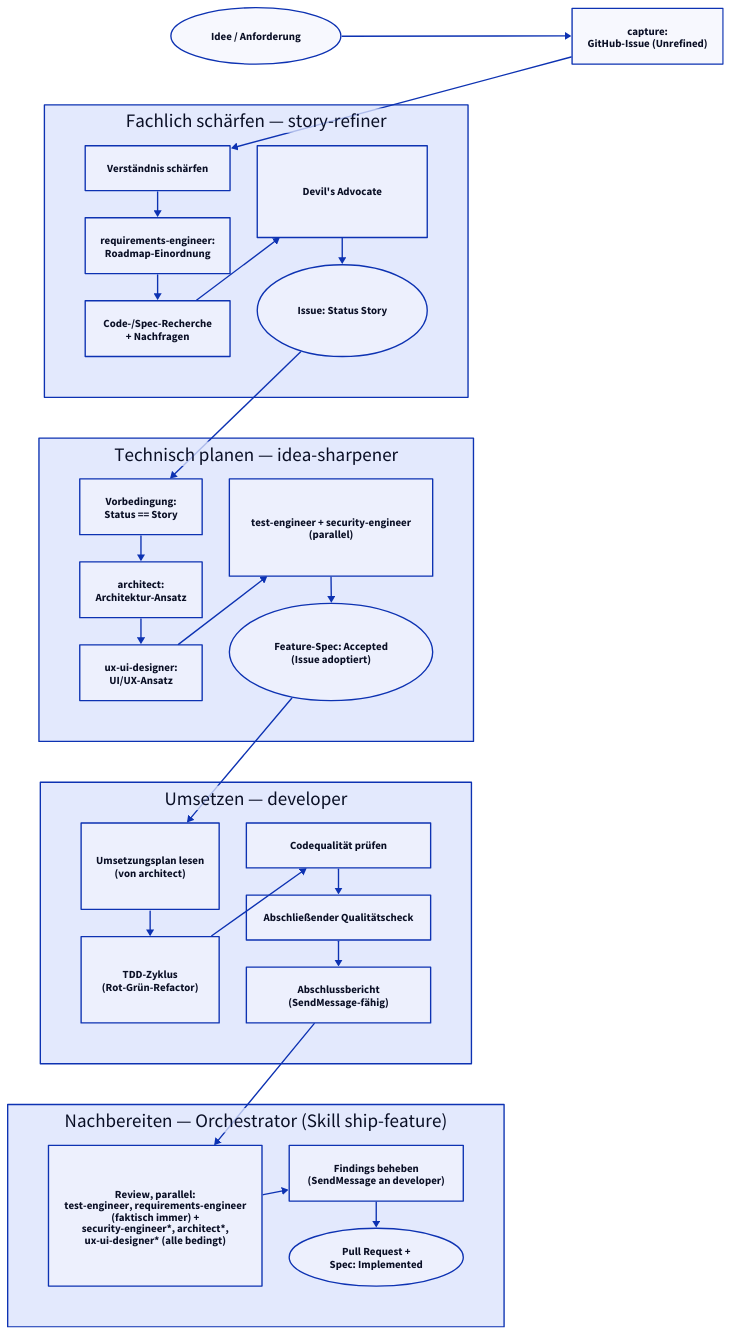
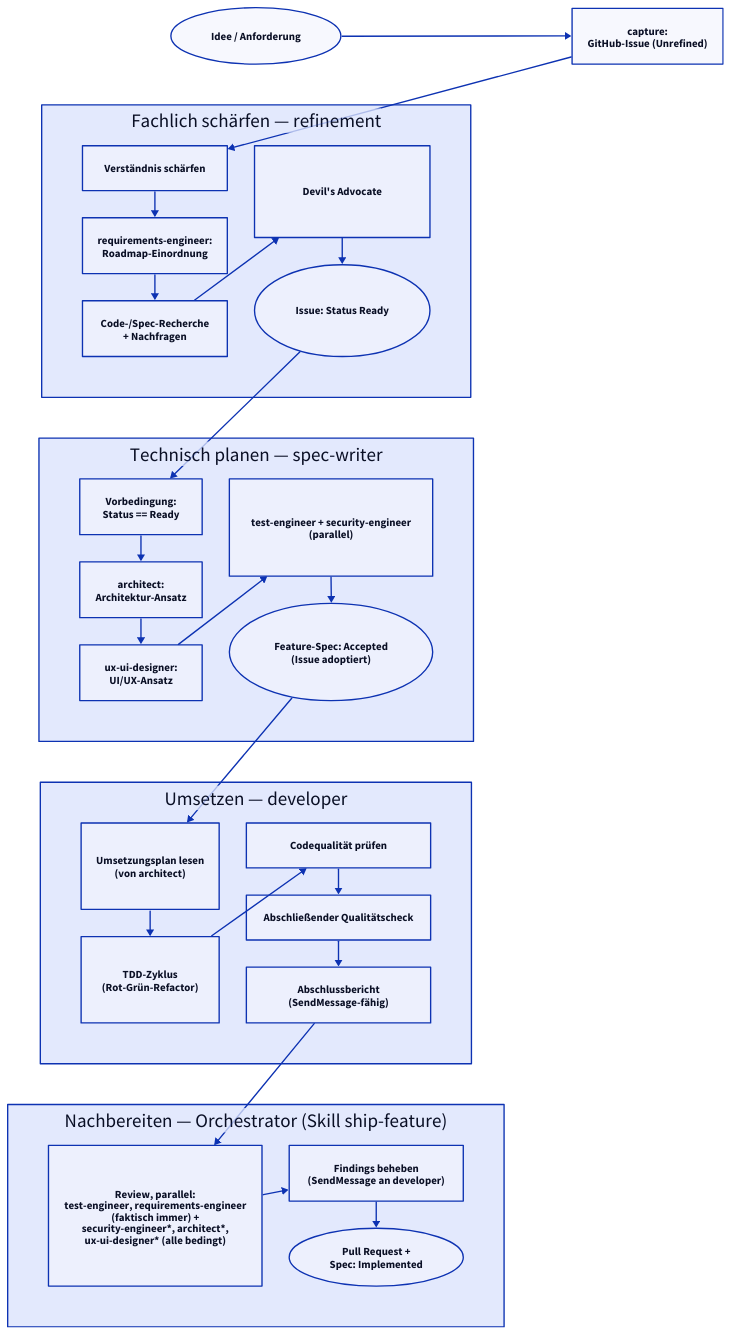
The diagram in specs/diagrams/workflow-overview.d2 (TheRealKoller/photosort), drawn with D2 before and after one commit. The commit also changed 15 other files, not shown here.

First line of the commit message:
chore(skills): verbleibende Referenz-Updates für idea-sharpener -> spec-writer, story-refiner -> refinement

```diff
--- a/specs/diagrams/workflow-overview.d2
+++ b/specs/diagrams/workflow-overview.d2
@@ -1,87 +1,87 @@
 # Migriert aus dem bisherigen Mermaid-Flowchart in README.md.
 # Siehe ADR specs/decisions/0013-diagram-tooling-d2.md und
 # Feature-Spec specs/features/0018-diagram-tooling-migration.md.
 # Rendern: scripts/render-diagrams.sh (ruft "d2 --sketch" auf).
 #
 # Layout bewusst als kompaktes Grid statt einer einzelnen langen Kette pro
 # Subgraph (Akzeptanzkriterium "kompakter/weniger vertikaler Platzverbrauch"
 # als das bisherige Mermaid-Flowchart) - Inhalt/Knoten/Kanten sind eine reine
 # 1:1-Uebersetzung des bisherigen Diagramms, nur die Anordnung ist neu.
 #
 # Aktualisiert fuer Feature-Spec specs/features/0046-review-agenten-und-pr-workflow-orchestrator.md /
 # ADR specs/decisions/0024-review-agenten-und-pr-workflow-beim-orchestrator.md: Review- und
 # PR-Knoten liegen jetzt im eigenen "shipfeature"-Subgraph (Orchestrator, Skill ship-feature)
 # statt im "implement"-Subgraph (developer) - developer endet stattdessen mit dem
 # SendMessage-faehigen Abschlussbericht.
 #
 # Aktualisiert fuer Feature-Spec specs/features/0059-story-lebenszyklus-github-issues.md /
 # ADR specs/decisions/0036-github-issue-natives-story-refinement-inbox-entfaellt.md: der
-# bisherige monolithische "refine"-Subgraph (idea-sharpener) ist in zwei Subgraphen aufgeteilt -
-# "refine" (story-refiner, faktisch immer/Haiku-lastig, Ergebnis: Story-Issue statt Datei) und
-# "sharpen" (idea-sharpener, reduziert auf Architektur/UX/Test/Security/Spec-Anlage, adoptiert
-# das bestehende Issue statt ein neues anzulegen).
+# bisherige monolithische "refine"-Subgraph (damals idea-sharpener) ist in zwei Subgraphen
+# aufgeteilt - "refine" (Skill refinement, faktisch immer/Haiku-lastig, Ergebnis: Story-Issue
+# statt Datei) und "sharpen" (Skill spec-writer, reduziert auf Architektur/UX/Test/Security/
+# Spec-Anlage, adoptiert das bestehende Issue statt ein neues anzulegen).
 #
 # Gerendert/verifiziert mit d2 v0.8.1 (https://github.com/d2lang/d2/releases).
 
 direction: right
 
 idea: "Idee / Anforderung" {
   shape: oval
 }
 capture: "capture:\nGitHub-Issue (Unrefined)"
 
 idea -> capture
 
-refine: "Fachlich schärfen — story-refiner" {
+refine: "Fachlich schärfen — refinement" {
   grid-columns: 2
   understand: "Verständnis schärfen"
   re: "requirements-engineer:\nRoadmap-Einordnung"
   research: "Code-/Spec-Recherche\n+ Nachfragen"
   devil: "Devil's Advocate"
-  story: "Issue: Status Story" {
+  story: "Issue: Status Ready" {
     shape: oval
   }
 
   understand -> re -> research -> devil -> story
 }
 
-sharpen: "Technisch planen — idea-sharpener" {
+sharpen: "Technisch planen — spec-writer" {
   grid-columns: 2
-  precheck: "Vorbedingung:\nStatus == Story"
+  precheck: "Vorbedingung:\nStatus == Ready"
   arch: "architect:\nArchitektur-Ansatz"
   ux: "ux-ui-designer:\nUI/UX-Ansatz"
   testsec: "test-engineer + security-engineer\n(parallel)"
   spec: "Feature-Spec: Accepted\n(Issue adoptiert)" {
     shape: oval
   }
 
   precheck -> arch -> ux -> testsec -> spec
 }
 
 implement: "Umsetzen — developer" {
   grid-columns: 2
   plan: "Umsetzungsplan lesen\n(von architect)"
   tdd: "TDD-Zyklus\n(Rot-Grün-Refactor)"
   quality: "Codequalität prüfen"
   final: "Abschließender Qualitätscheck"
   report: "Abschlussbericht\n(SendMessage-fähig)"
 
   plan -> tdd -> quality -> final -> report
 }
 
 shipfeature: "Nachbereiten — Orchestrator (Skill ship-feature)" {
   grid-columns: 2
   review: "Review, parallel:\ntest-engineer, requirements-engineer\n(faktisch immer) +\nsecurity-engineer*, architect*,\nux-ui-designer* (alle bedingt)"
   fix: "Findings beheben\n(SendMessage an developer)"
   pr: "Pull Request +\nSpec: Implemented" {
     shape: oval
   }
 
   review -> fix -> pr
 }
 
 implement.report -> shipfeature.review
 
 capture -> refine.understand
 refine.story -> sharpen.precheck
 sharpen.spec -> implement.plan
```
